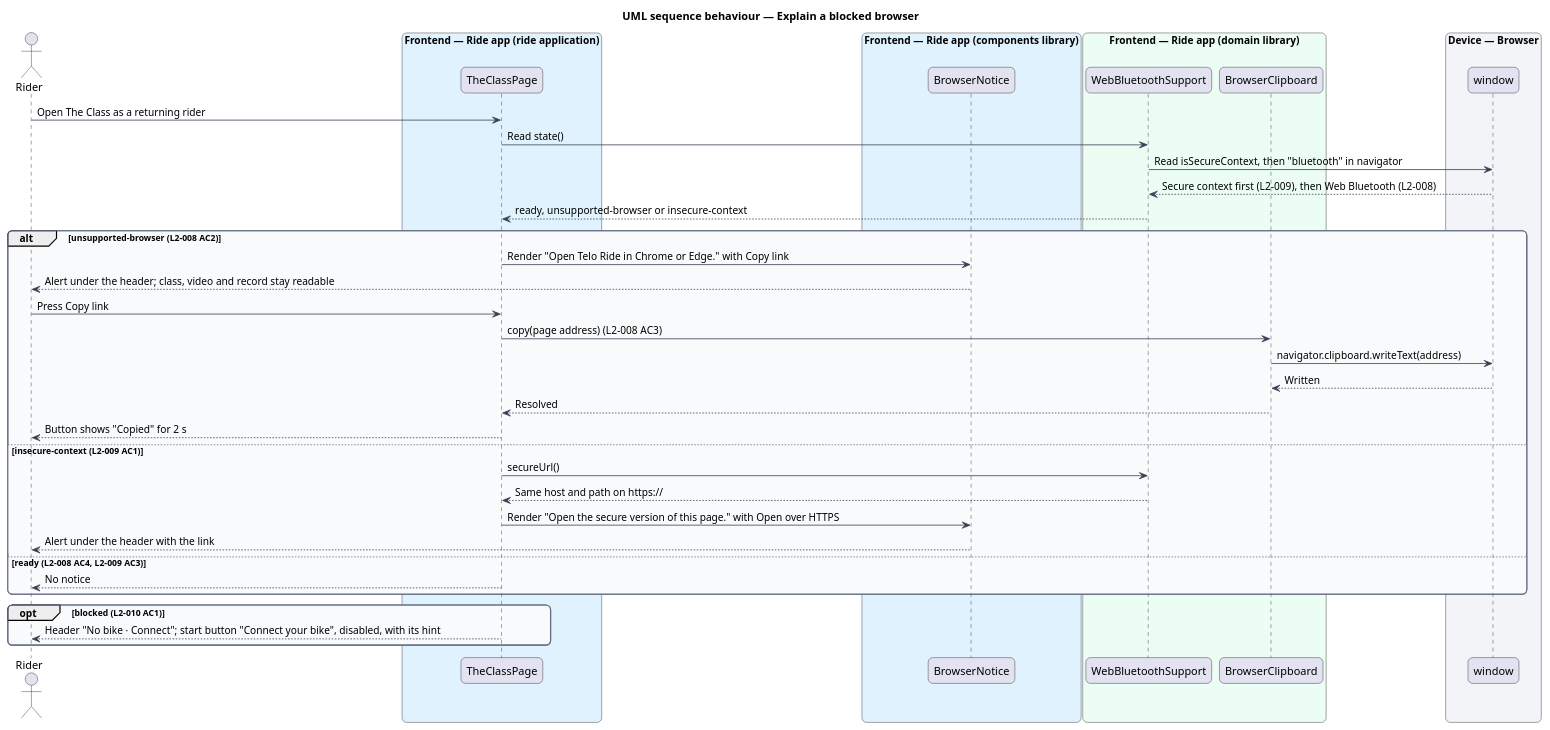
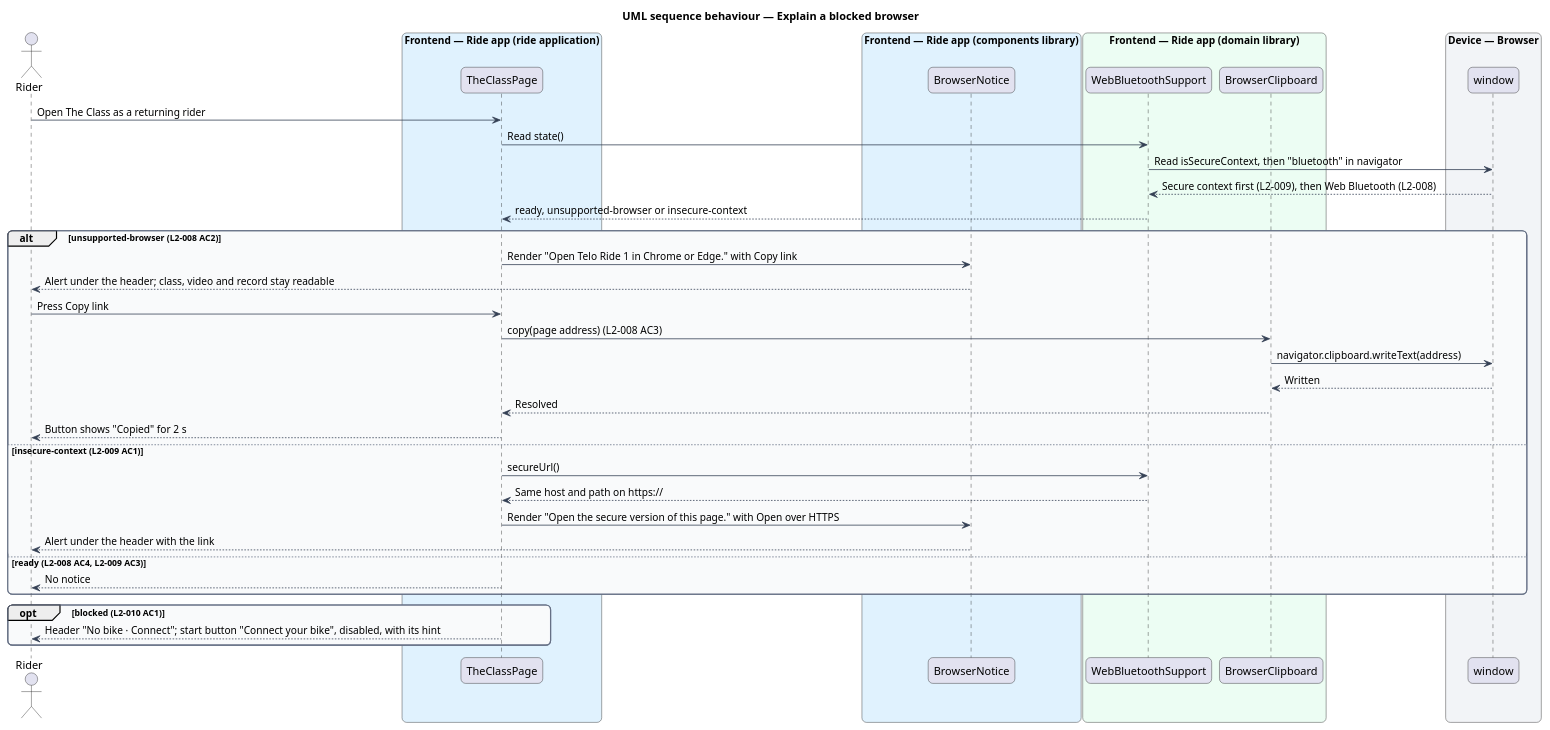
One commit to QuinntyneBrown/ride-one changed the diagram in docs/detailed-designs/bike/check-bike-and-browser-support/diagrams/sequence-explain-a-blocked-browser.puml. Above: the diagram before and after it, drawn with PlantUML. The commit also changed 64 other files, not shown here.

First line of the commit message:
Slice 28.7: every screen carries the wordmark TELO RIDE 1

```diff
--- a/docs/detailed-designs/bike/check-bike-and-browser-support/diagrams/sequence-explain-a-blocked-browser.puml
+++ b/docs/detailed-designs/bike/check-bike-and-browser-support/diagrams/sequence-explain-a-blocked-browser.puml
@@ -1,56 +1,56 @@
 @startuml
 title UML sequence behaviour — Explain a blocked browser
 skinparam backgroundColor #FFFFFF
 skinparam shadowing false
 skinparam roundcorner 12
 skinparam defaultFontName Arial
 skinparam ArrowColor #344054
 skinparam rectangle {
   BorderColor #344054
   FontColor #101828
 }
 skinparam package {
   BorderColor #667085
   FontColor #101828
   BackgroundColor #F9FAFB
 }
 actor "Rider" as rider
 box "Frontend — Ride app (ride application)" #E0F2FE
   participant "TheClassPage" as page
 end box
 box "Frontend — Ride app (components library)" #E0F2FE
   participant "BrowserNotice" as notice
 end box
 box "Frontend — Ride app (domain library)" #ECFDF3
   participant "WebBluetoothSupport" as support
   participant "BrowserClipboard" as clip
 end box
 box "Device — Browser" #F2F4F7
   participant "window" as window
 end box
 rider -> page : Open The Class as a returning rider
 page -> support : Read state()
 support -> window : Read isSecureContext, then "bluetooth" in navigator
 window --> support : Secure context first (L2-009), then Web Bluetooth (L2-008)
 support --> page : ready, unsupported-browser or insecure-context
 alt unsupported-browser (L2-008 AC2)
-  page -> notice : Render "Open Telo Ride in Chrome or Edge." with Copy link
+  page -> notice : Render "Open Telo Ride 1 in Chrome or Edge." with Copy link
   notice --> rider : Alert under the header; class, video and record stay readable
   rider -> page : Press Copy link
   page -> clip : copy(page address) (L2-008 AC3)
   clip -> window : navigator.clipboard.writeText(address)
   window --> clip : Written
   clip --> page : Resolved
   page --> rider : Button shows "Copied" for 2 s
 else insecure-context (L2-009 AC1)
   page -> support : secureUrl()
   support --> page : Same host and path on https://
   page -> notice : Render "Open the secure version of this page." with Open over HTTPS
   notice --> rider : Alert under the header with the link
 else ready (L2-008 AC4, L2-009 AC3)
   page --> rider : No notice
 end
 opt blocked (L2-010 AC1)
   page --> rider : Header "No bike · Connect"; start button "Connect your bike", disabled, with its hint
 end
 @enduml
```
